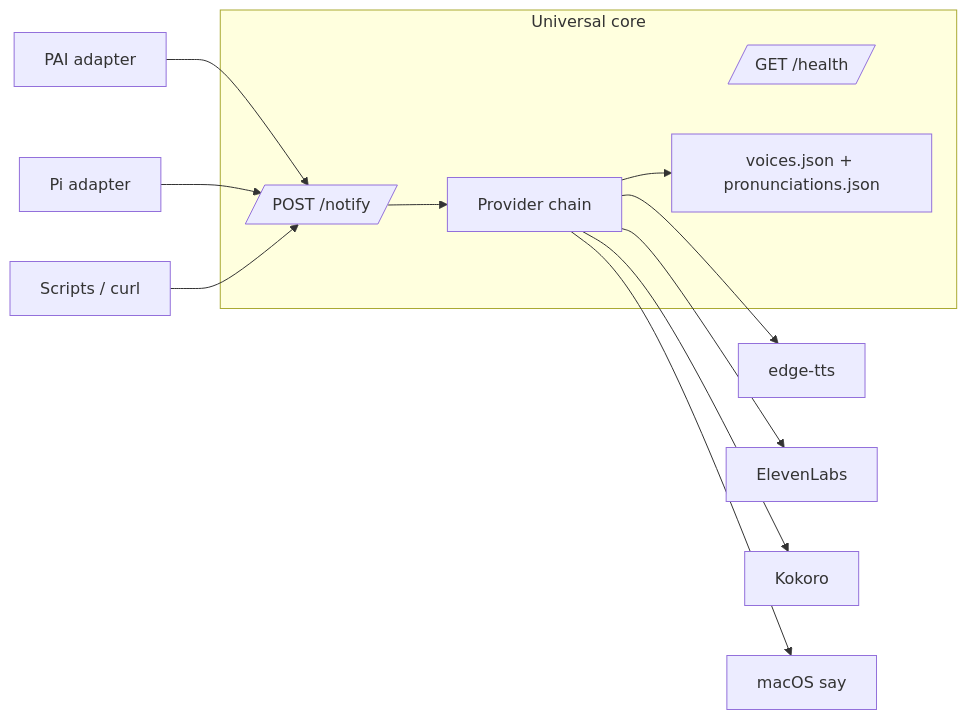
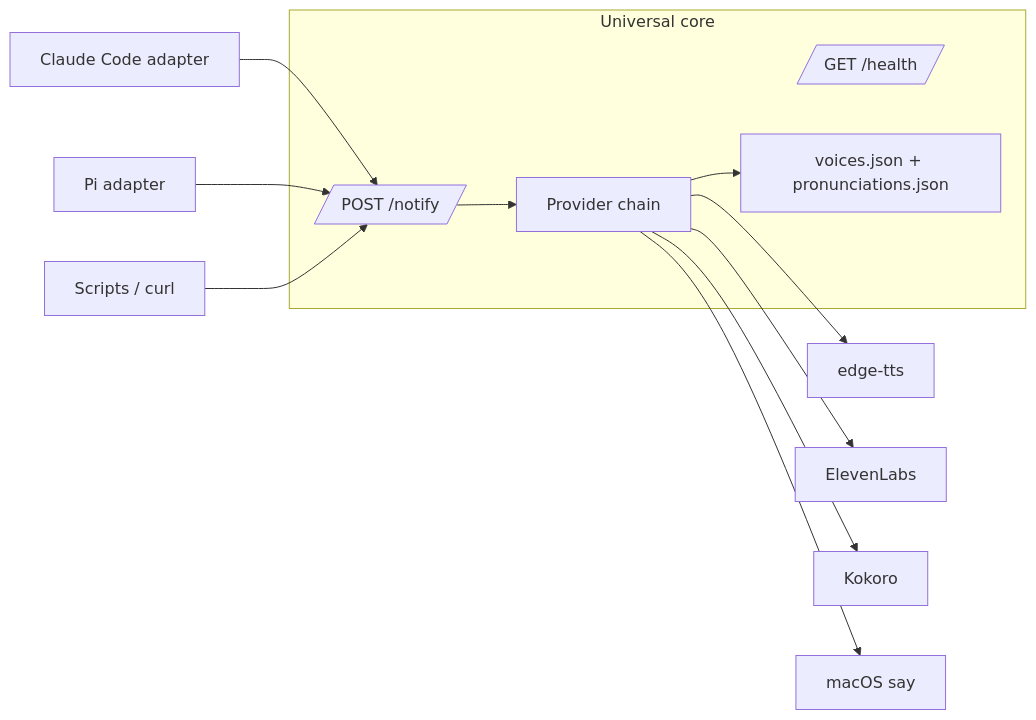
The diagram in README.md (edheltzel/Echo), drawn with Mermaid before and after one commit. The commit also changed other lines of this file and 31 other files, not shown here.

````diff
--- a/README.md
+++ b/README.md
@@ -13,18 +13,18 @@
 ```mermaid
 flowchart LR
-  PAI[PAI adapter] --> Notify[/POST /notify/]
+  ClaudeCode[Claude Code adapter] --> Notify[/POST /notify/]
   Pi[Pi adapter] --> Notify
   Curl[Scripts / curl] --> Notify
 
   subgraph Core[Universal core]
     Notify --> Providers[Provider chain]
     Health[/GET /health/]
     Config[voices.json + pronunciations.json]
     Providers --> Config
   end
 
   Providers --> Edge[edge-tts]
   Providers --> Eleven[ElevenLabs]
   Providers --> Kokoro[Kokoro]
   Providers --> Say[macOS say]
 ```
````
